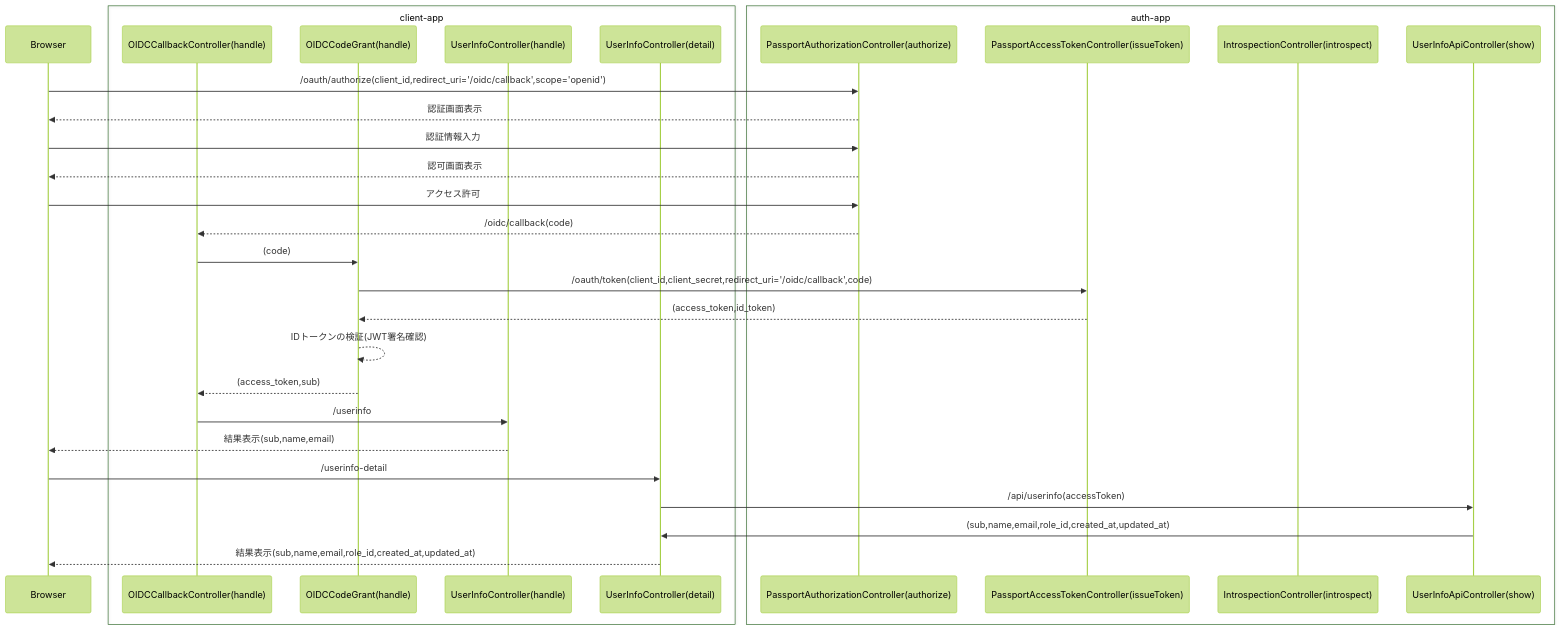
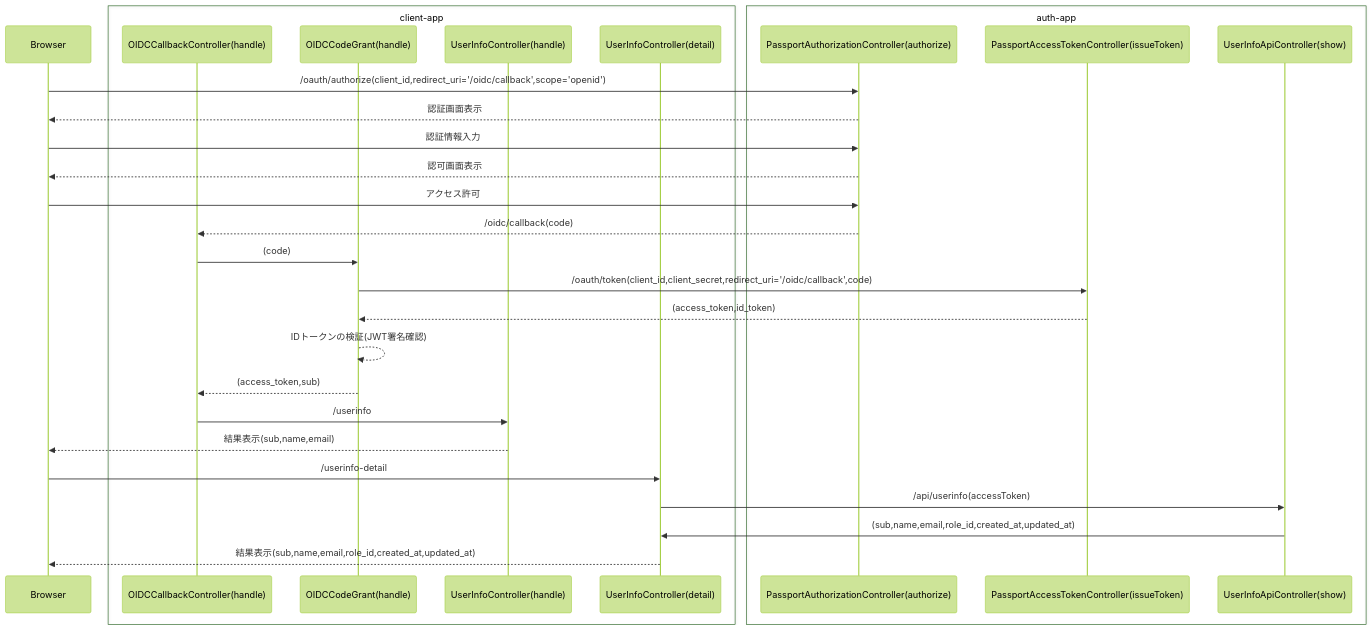
One commit to KawataniShinya/laravel-oauth changed the seventh of 7 diagrams in README.md. Above: the diagram before and after it, drawn with Mermaid (forest theme).

Commit message:
Remove IntrospectionController from the sequence diagram in README

````diff
--- a/README.md
+++ b/README.md
@@ -743,36 +743,35 @@
 ```mermaid
 sequenceDiagram
     participant Browser
     box client-app
       participant OIDCCallbackController as OIDCCallbackController(handle)
       participant OIDCCodeGrant as OIDCCodeGrant(handle)
       participant UserInfoController(handle)
       participant UserInfoController(detail)
     end
     box auth-app
       participant PassportAuthorizationController as PassportAuthorizationController(authorize)
       participant PassportAccessTokenController as PassportAccessTokenController(issueToken)
-      participant IntrospectionController as IntrospectionController(introspect)
       participant UserInfoApiController as UserInfoApiController(show)
     end
     
     Browser->>PassportAuthorizationController: /oauth/authorize(client_id,redirect_uri='/oidc/callback',scope='openid')
     PassportAuthorizationController-->>Browser: 認証画面表示
     Browser->>PassportAuthorizationController: 認証情報入力
     PassportAuthorizationController-->>Browser: 認可画面表示
     Browser->>PassportAuthorizationController: アクセス許可
     PassportAuthorizationController-->>OIDCCallbackController: /oidc/callback(code)
 
     OIDCCallbackController->>OIDCCodeGrant: (code)
     OIDCCodeGrant->>PassportAccessTokenController: /oauth/token(client_id,client_secret,redirect_uri='/oidc/callback',code)
     PassportAccessTokenController-->>OIDCCodeGrant: (access_token,id_token)
     OIDCCodeGrant-->>OIDCCodeGrant: IDトークンの検証(JWT署名確認)
     OIDCCodeGrant-->>OIDCCallbackController: (access_token,sub)
     OIDCCallbackController->>UserInfoController(handle): /userinfo
     UserInfoController(handle)-->>Browser: 結果表示(sub,name,email)
 
     Browser->>UserInfoController(detail): /userinfo-detail
     UserInfoController(detail)->>UserInfoApiController: /api/userinfo(accessToken)
     UserInfoApiController->>UserInfoController(detail): (sub,name,email,role_id,created_at,updated_at)
     UserInfoController(detail)-->>Browser: 結果表示(sub,name,email,role_id,created_at,updated_at)
 ```
````
